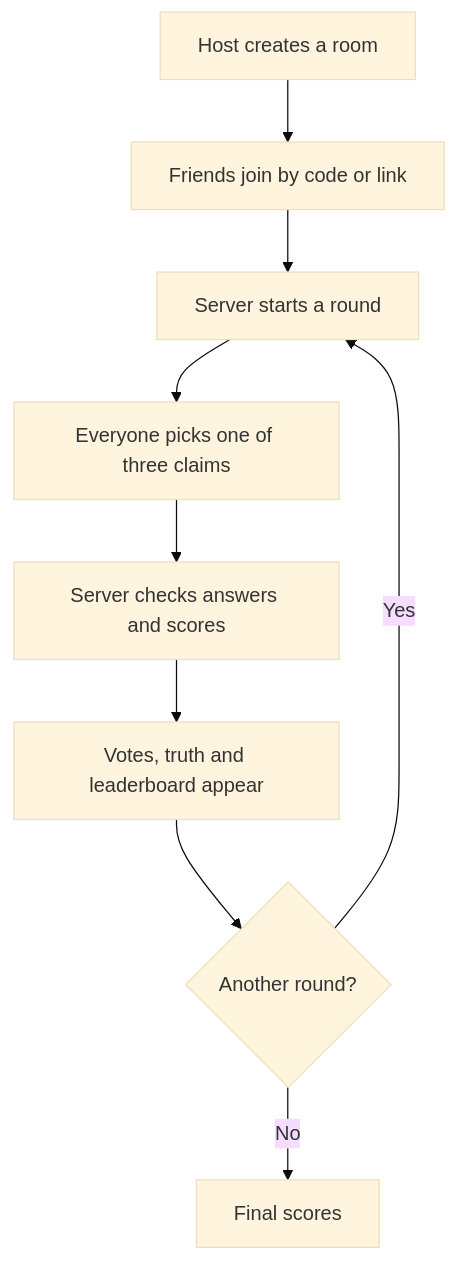
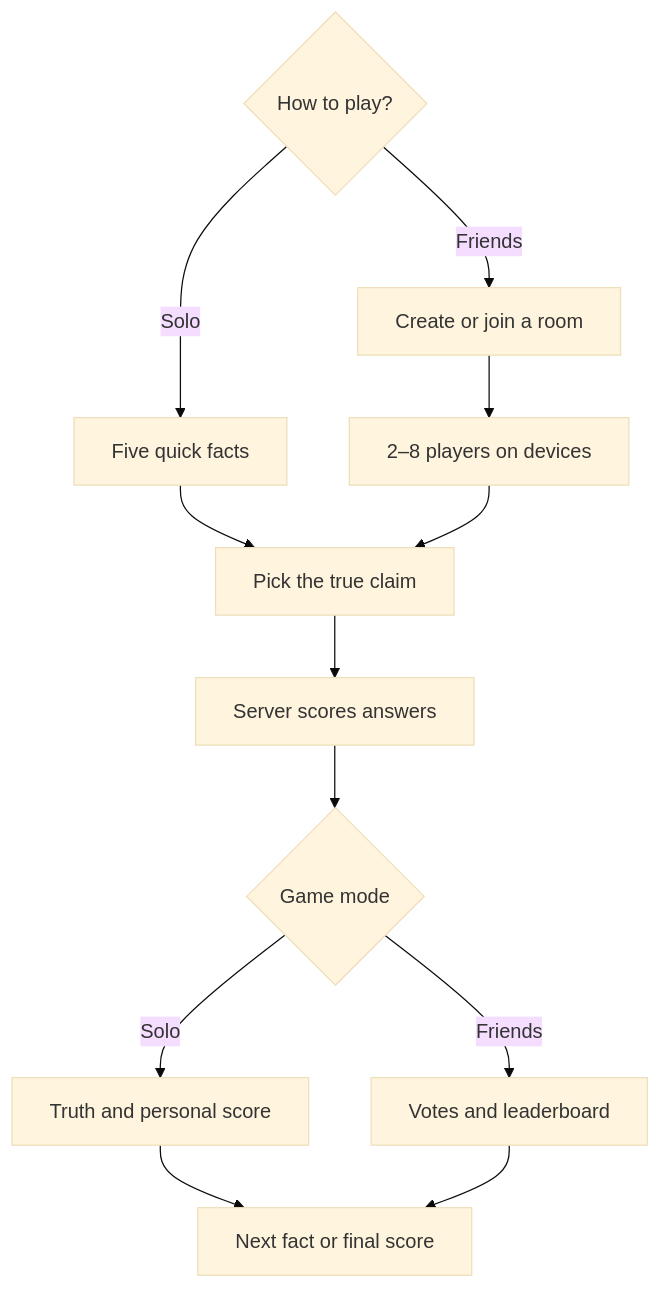
Before and after one commit to L-Upadhyay/oddly-true: the first of 2 diagrams in README.md, drawn with Mermaid (base theme). The commit also changed other lines of this file and 9 other files, not shown here.

Commit message:
Add five-fact Solo play alongside multiplayer rooms (#1)

````diff
--- a/README.md
+++ b/README.md
@@ -11,11 +11,14 @@
 ```mermaid
 flowchart TD
-  A["Host creates a room"] --> B["Friends join by code or link"]
-  B --> C["Server starts a round"]
-  C --> D["Everyone picks one of three claims"]
-  D --> E["Server checks answers and scores"]
-  E --> F["Votes, truth and leaderboard appear"]
-  F --> G{"Another round?"}
-  G -->|Yes| C
-  G -->|No| H["Final scores"]
+  A{"How to play?"} -->|Solo| S["Five quick facts"]
+  A -->|Friends| B["Create or join a room"]
+  B --> C["2–8 players on devices"]
+  S --> D["Pick the true claim"]
+  C --> D
+  D --> E["Server scores answers"]
+  E --> F{"Game mode"}
+  F -->|Solo| G["Truth and personal score"]
+  F -->|Friends| H["Votes and leaderboard"]
+  G --> I["Next fact or final score"]
+  H --> I
 ```
````
